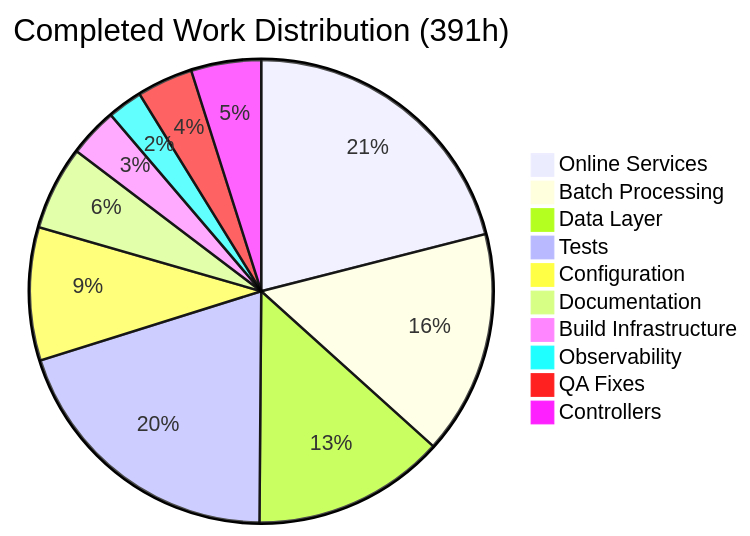
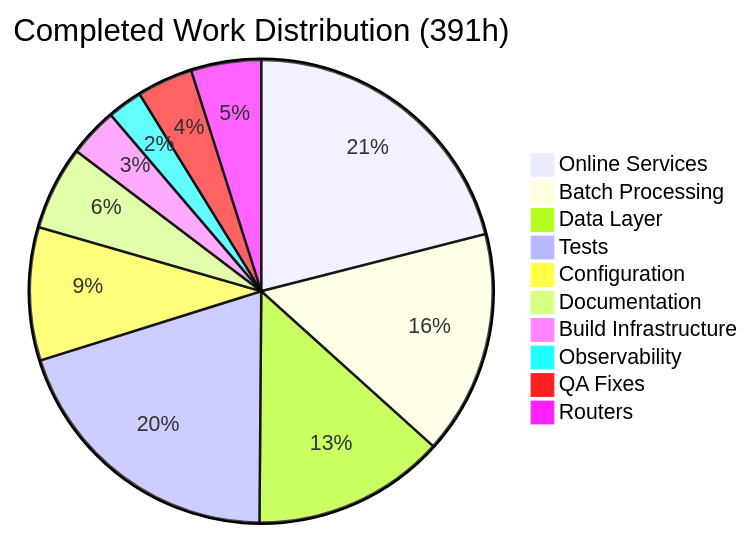
The third of 3 diagrams in docs/project-guide.md (Blitzy-Sandbox/blitzy-card-demo), drawn with Mermaid before and after one commit. The commit also changed other lines of this file, not shown here.

````diff
--- a/docs/project-guide.md
+++ b/docs/project-guide.md
@@ -259,13 +269,13 @@
 ```mermaid
 pie title Completed Work Distribution (391h)
     "Online Services" : 86
     "Batch Processing" : 64
     "Data Layer" : 55
     "Tests" : 82
     "Configuration" : 38
     "Documentation" : 24
     "Build Infrastructure" : 14
     "Observability" : 10
     "QA Fixes" : 16
-    "Controllers" : 20
+    "Routers" : 20
 ```
````
